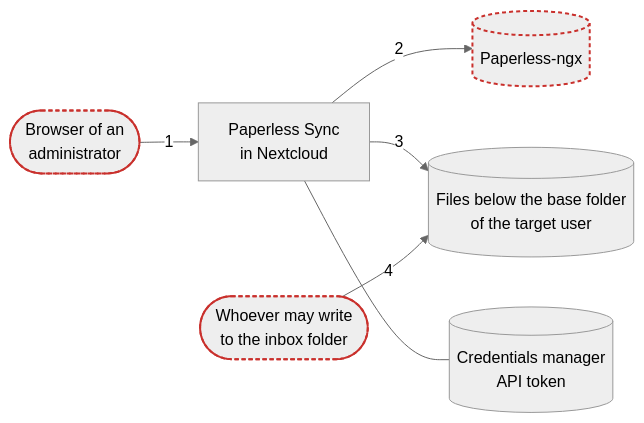
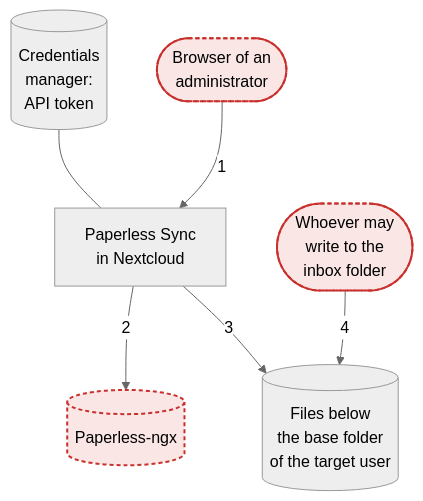
Before and after one commit to Dennis-Otto/paperless-sync: the diagram in docs/security.md, drawn with Mermaid (neutral theme). The commit also changed 4 other files, not shown here.

First line of the commit message:
docs: readable and accessible diagrams on the website (#100)

````diff
--- a/docs/security.md
+++ b/docs/security.md
@@ -27,10 +27,21 @@
 ```mermaid
-flowchart LR
-    browser(["Browser of an<br>administrator"]) -->|1| app["Paperless Sync<br>in Nextcloud"]
-    app -->|2| paperless[("Paperless-ngx")]
-    app -->|3| files[("Files below the base folder<br>of the target user")]
-    writers(["Whoever may write<br>to the inbox folder"]) -->|4| files
-    app --- credentials[("Credentials manager<br>API token")]
-    classDef untrusted stroke:#c9302c,stroke-width:2px,stroke-dasharray:4 3
+flowchart TB
+    accTitle: The trust boundaries of Paperless Sync
+    accDescr: Four numbered arrows cross a trust boundary. 1: the browser of an administrator sends requests to Paperless Sync in Nextcloud. 2: the app calls Paperless-ngx. 3: the app writes the files below the base folder of the target user. 4: whoever may write to the inbox folder puts files there. The app keeps the API token in the credentials manager. The browser, the writers of the inbox and Paperless-ngx are untrusted and have a dashed red border.
+
+    credentials[("Credentials<br>manager:<br>API token")]
+    browser(["Browser of an<br>administrator"])
+    app["Paperless Sync<br>in Nextcloud"]
+    writers(["Whoever may<br>write to the<br>inbox folder"])
+    paperless[("Paperless-ngx")]
+    files[("Files below<br>the base folder<br>of the target user")]
+
+    credentials --- app
+    browser -- "1" --> app
+    app -- "2" --> paperless
+    app -- "3" --> files
+    writers -- "4" --> files
+
+    classDef untrusted fill:#c9302c1f,stroke:#c9302c,stroke-width:2px,stroke-dasharray:4 3
     class browser,writers,paperless untrusted
 ```
````
